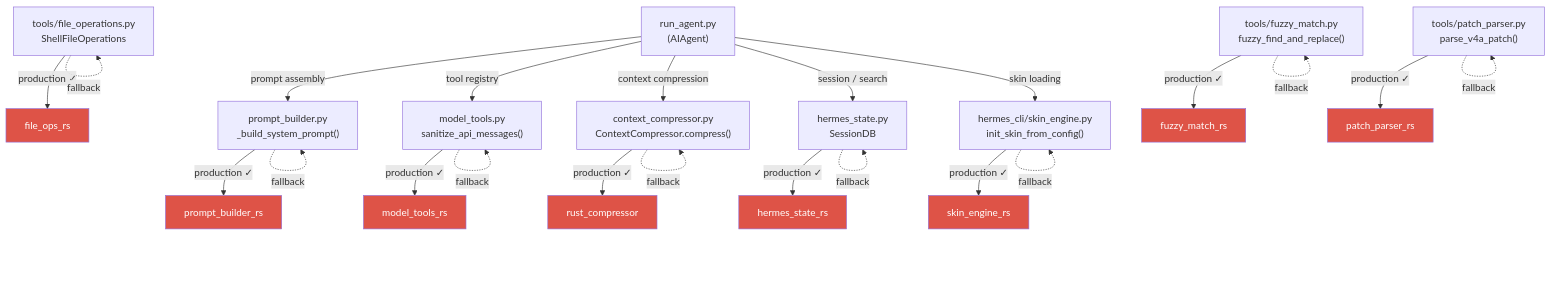
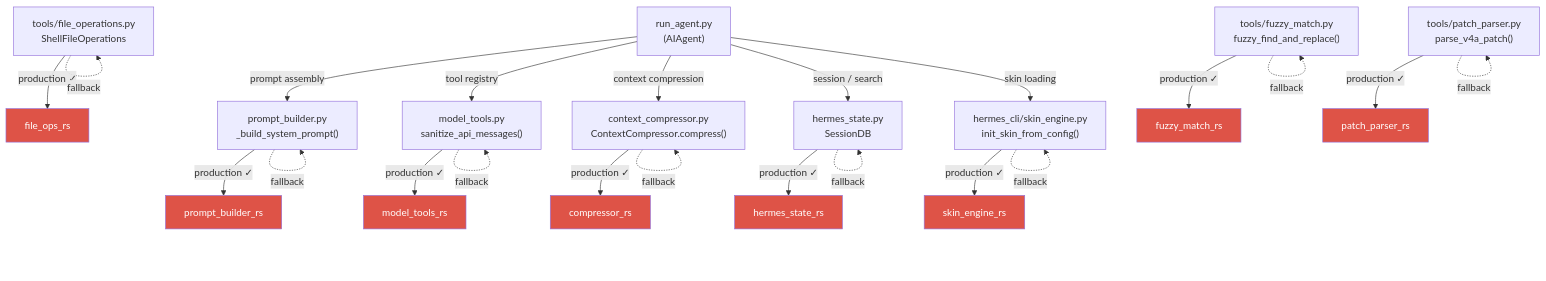
One commit to agent-bob-the-builder/hermes-agent-ferris-fork changed the diagram in README.md. Above: the diagram before and after it, drawn with Mermaid. The commit also changed other lines of this file and 1 other file, not shown here.

Commit message:
rename rust_compressor -> compressor_rs in README and Cargo.toml

````diff
--- a/README.md
+++ b/README.md
@@ -53,60 +53,60 @@
 ```mermaid
 graph TD
     RA["run_agent.py<br/>(AIAgent)"]
     PCP["prompt_builder.py<br/>_build_system_prompt()"]
     CCP["context_compressor.py<br/>ContextCompressor.compress()"]
     MTP["model_tools.py<br/>sanitize_api_messages()"]
     SST["hermes_state.py<br/>SessionDB"]
     SHE["hermes_cli/skin_engine.py<br/>init_skin_from_config()"]
     FOP["tools/file_operations.py<br/>ShellFileOperations"]
     FUZ["tools/fuzzy_match.py<br/>fuzzy_find_and_replace()"]
     PAT["tools/patch_parser.py<br/>parse_v4a_patch()"]
 
     PB_RS["prompt_builder_rs"]
-    CO_RS["rust_compressor"]
+    CO_RS["compressor_rs"]
     MT_RS["model_tools_rs"]
     HS_RS["hermes_state_rs"]
     SK_RS["skin_engine_rs"]
     FO_RS["file_ops_rs"]
     FM_RS["fuzzy_match_rs"]
     PP_RS["patch_parser_rs"]
 
     RA -->|"prompt assembly"| PCP
     RA -->|"tool registry"| MTP
     RA -->|"context compression"| CCP
     RA -->|"session / search"| SST
     RA -->|"skin loading"| SHE
 
     PCP -->|"production ✓"| PB_RS
     PCP -.->|"fallback"| PCP
 
     CCP -->|"production ✓"| CO_RS
     CCP -.->|"fallback"| CCP
 
     MTP -->|"production ✓"| MT_RS
     MTP -.->|"fallback"| MTP
 
     SST -->|"production ✓"| HS_RS
     SST -.->|"fallback"| SST
 
     SHE -->|"production ✓"| SK_RS
     SHE -.->|"fallback"| SHE
 
     FOP -->|"production ✓"| FO_RS
     FOP -.->|"fallback"| FOP
 
     FUZ -->|"production ✓"| FM_RS
     FUZ -.->|"fallback"| FUZ
 
     PAT -->|"production ✓"| PP_RS
     PAT -.->|"fallback"| PAT
 
     style PB_RS fill:#de5347,color:#fff
     style CO_RS fill:#de5347,color:#fff
     style MT_RS fill:#de5347,color:#fff
     style HS_RS fill:#de5347,color:#fff
     style SK_RS fill:#de5347,color:#fff
     style FO_RS fill:#de5347,color:#fff
     style FM_RS fill:#de5347,color:#fff
     style PP_RS fill:#de5347,color:#fff
 ```
````
